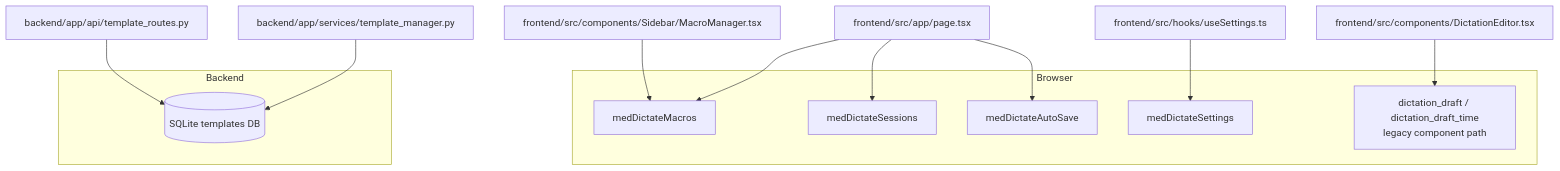
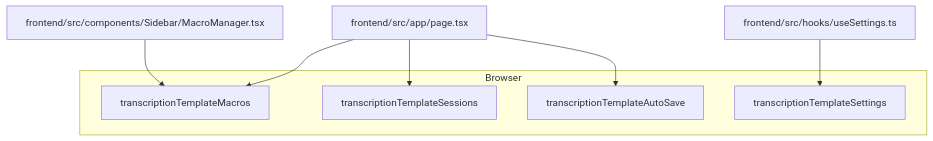
Before and after one commit to mrimmortal/Trans: the third of 3 diagrams in medical-dictation/ARCHITECTURE_GRAPH.md, drawn with Mermaid. The commit also changed other lines of this file and 59 other files, not shown here.

````diff
--- a/medical-dictation/ARCHITECTURE_GRAPH.md
+++ b/medical-dictation/ARCHITECTURE_GRAPH.md
@@ -339,24 +141,15 @@
 ```mermaid
 flowchart TD
   subgraph Browser
-    Macros["medDictateMacros"]
-    Sessions["medDictateSessions"]
-    Settings["medDictateSettings"]
-    AutoSave["medDictateAutoSave"]
-    LegacyDraft["dictation_draft / dictation_draft_time\nlegacy component path"]
+    Snippets["transcriptionTemplateMacros"]
+    Sessions["transcriptionTemplateSessions"]
+    Settings["transcriptionTemplateSettings"]
+    AutoSave["transcriptionTemplateAutoSave"]
   end
 
-  subgraph Backend
-    TemplateDB[("SQLite templates DB")]
-  end
-
-  Page["frontend/src/app/page.tsx"] --> Macros
+  Page["frontend/src/app/page.tsx"] --> Snippets
   Page --> Sessions
   Page --> AutoSave
   SettingsHook["frontend/src/hooks/useSettings.ts"] --> Settings
-  MacroManager["frontend/src/components/Sidebar/MacroManager.tsx"] --> Macros
-  LegacyEditor["frontend/src/components/DictationEditor.tsx"] --> LegacyDraft
-
-  TemplateRoutes["backend/app/api/template_routes.py"] --> TemplateDB
-  TemplateManager["backend/app/services/template_manager.py"] --> TemplateDB
+  SnippetManager["frontend/src/components/Sidebar/MacroManager.tsx"] --> Snippets
 ```
````
